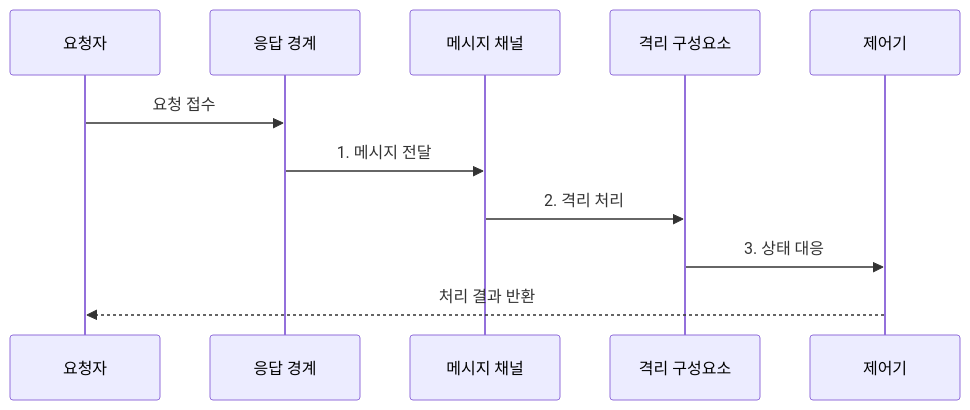
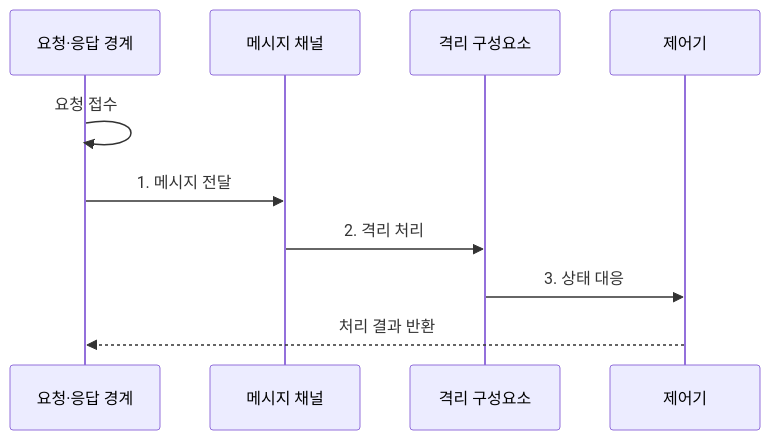
Before and after one commit to agnusdei1207/knowledge-base: the second of 2 diagrams in src/content/docs/notes/08-latest-tech/168_reactive_system.md, drawn with Mermaid. The commit also changed 9 other files, not shown here.

Commit message:
Simplify distributed platform flows

````diff
--- a/src/content/docs/notes/08-latest-tech/168_reactive_system.md
+++ b/src/content/docs/notes/08-latest-tech/168_reactive_system.md
@@ -102,13 +102,12 @@
 ```mermaid
 sequenceDiagram
-  participant U as 요청자
-  participant G as 응답 경계
+    participant G as 요청·응답 경계
   participant M as 메시지 채널
   participant W as 격리 구성요소
   participant C as 제어기
-  U->>G: 요청 접수
+    G->>G: 요청 접수
   G->>M: 1. 메시지 전달
   M->>W: 2. 격리 처리
   W->>C: 3. 상태 대응
-  C-->>U: 처리 결과 반환
+    C-->>G: 처리 결과 반환
 ```
````
